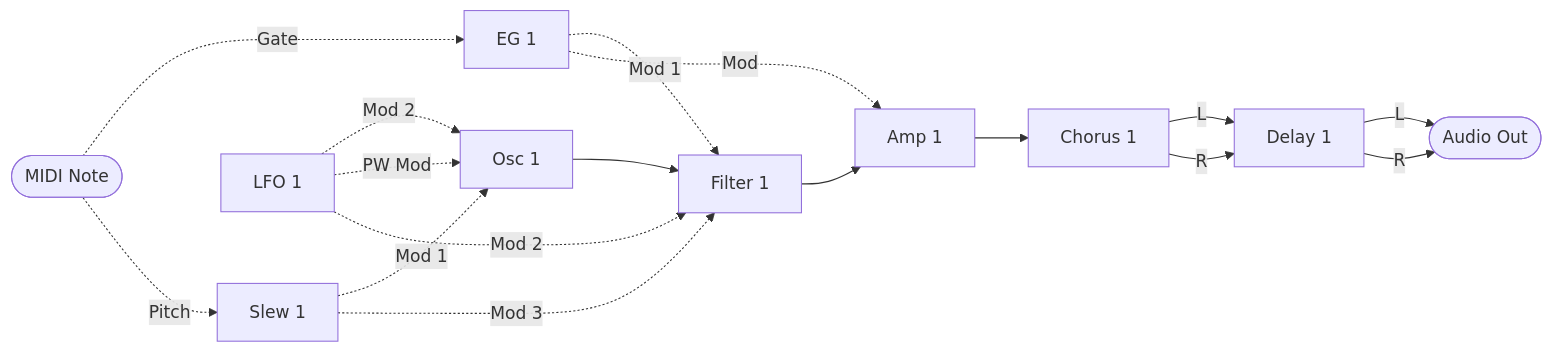
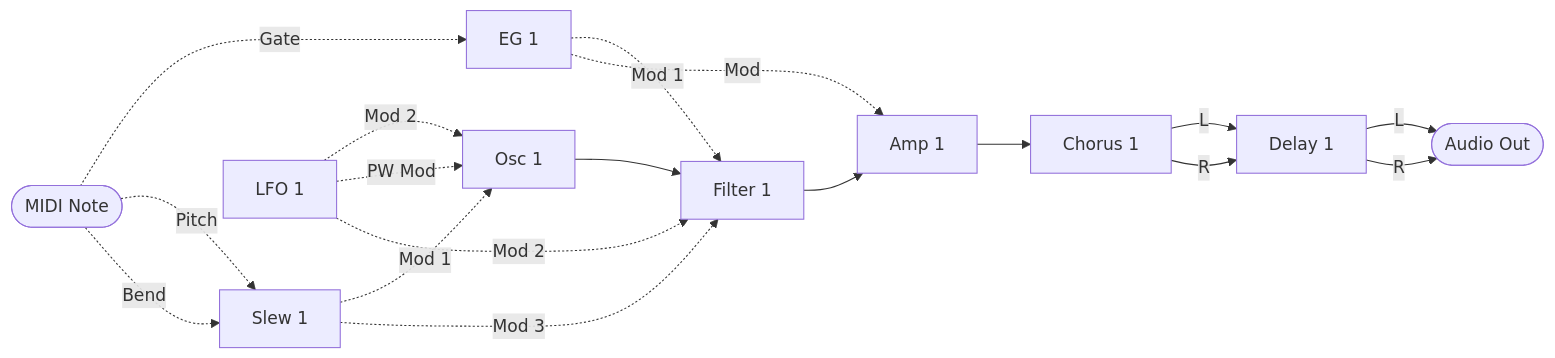
Before and after one commit to risgk/midi_synthesizer_spms1: the first of 6 diagrams in spms1_type2/README.ja.md, drawn with Mermaid. The commit also changed other lines of this file and 8 other files, not shown here.

First line of the commit message:
type-2: Add Slew 1 Direct In, past the glide, with Pitch Bend on it at 2 semitones (CC 57)

````diff
--- a/spms1_type2/README.ja.md
+++ b/spms1_type2/README.ja.md
@@ -138,31 +138,32 @@
 ```mermaid
 flowchart LR
   NOTE([MIDI Note])
   SLEW[Slew 1]
   LFO[LFO 1]
   EG[EG 1]
   OSC[Osc 1]
   FILTER[Filter 1]
   AMP[Amp 1]
   CHORUS[Chorus 1]
   DELAY[Delay 1]
   OUT([Audio Out])
 
   OSC --> FILTER
   FILTER --> AMP
   AMP --> CHORUS
   CHORUS -->|L| DELAY
   CHORUS -->|R| DELAY
   DELAY -->|L| OUT
   DELAY -->|R| OUT
 
   NOTE -. Gate .-> EG
   NOTE -. Pitch .-> SLEW
+  NOTE -. Bend .-> SLEW
   SLEW -. Mod 1 .-> OSC
   LFO -. Mod 2 .-> OSC
   LFO -. PW Mod .-> OSC
   EG -. Mod 1 .-> FILTER
   LFO -. Mod 2 .-> FILTER
   SLEW -. Mod 3 .-> FILTER
   EG -. Mod .-> AMP
 ```
````
